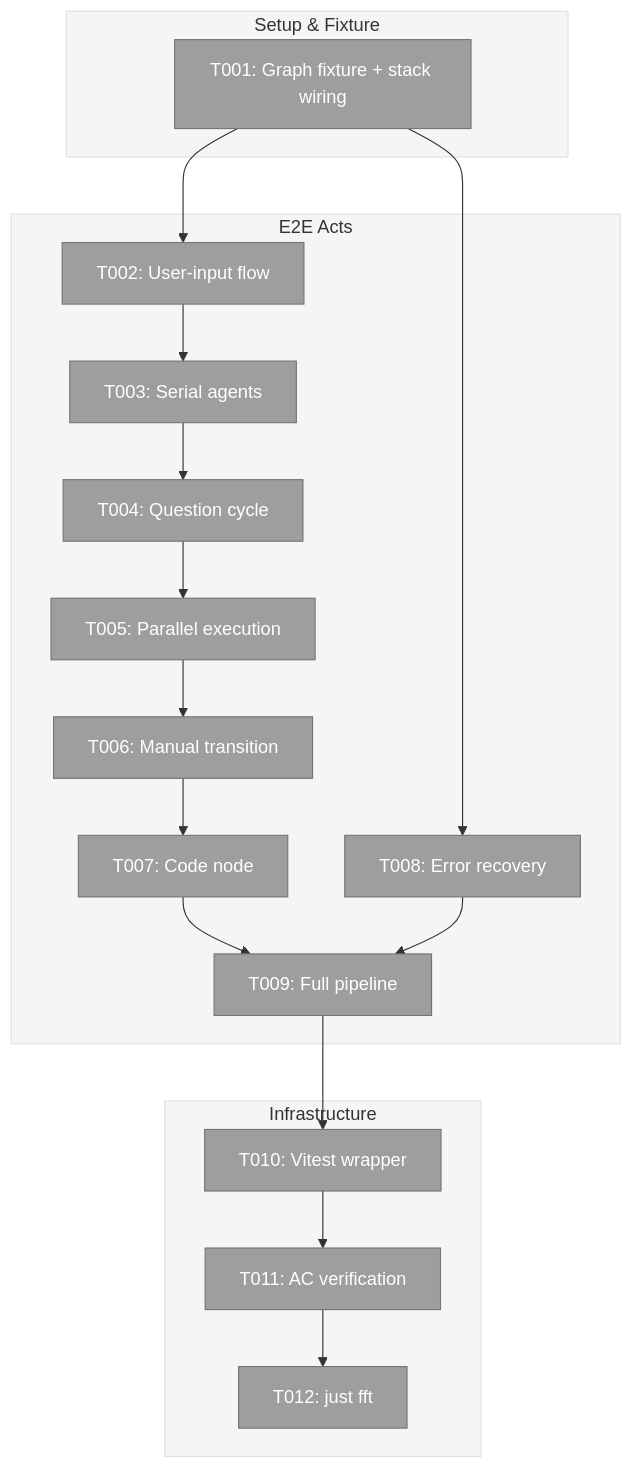
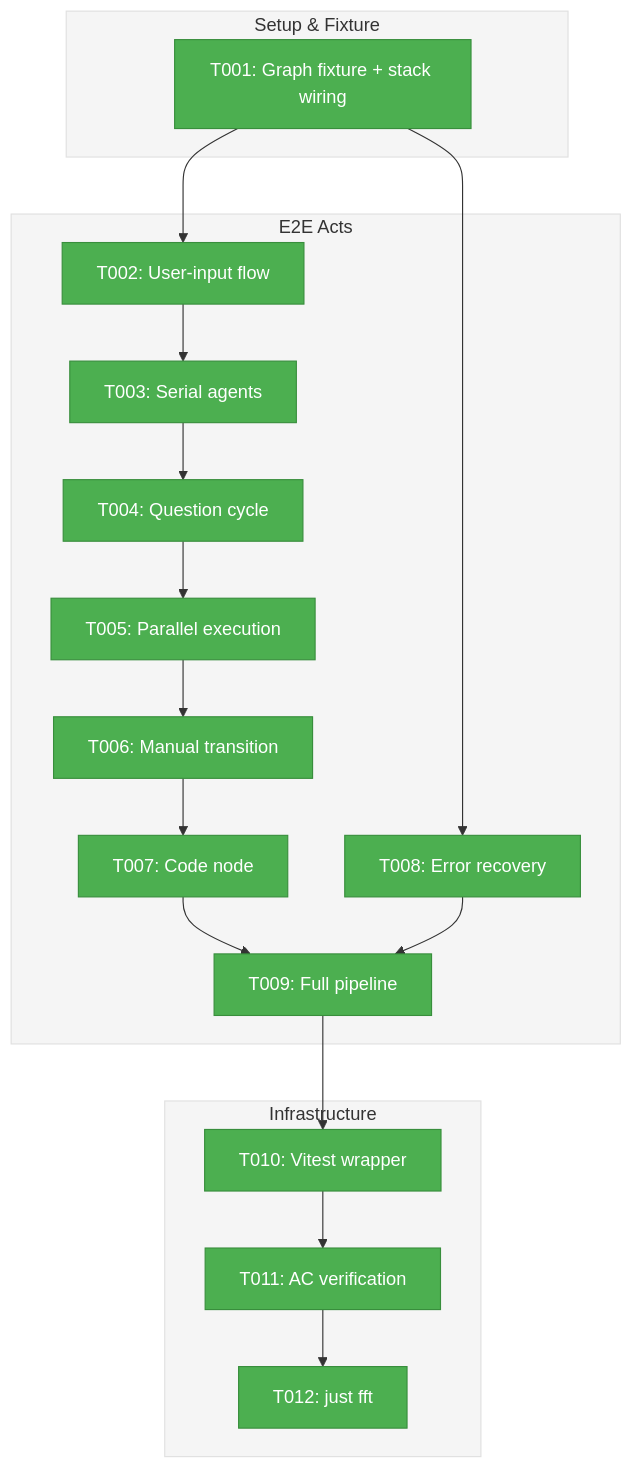
One commit to AI-Substrate/chainglass changed the first of 2 diagrams in docs/plans/030-positional-orchestrator/tasks/phase-8-e2e-and-integration-testing/tasks.md. Above: the diagram before and after it, drawn with Mermaid. The commit also changed other lines of this file and 11 other files, not shown here.

````diff
--- a/docs/plans/030-positional-orchestrator/tasks/phase-8-e2e-and-integration-testing/tasks.md
+++ b/docs/plans/030-positional-orchestrator/tasks/phase-8-e2e-and-integration-testing/tasks.md
@@ -130,45 +130,45 @@
 ```mermaid
 flowchart TD
     classDef pending fill:#9E9E9E,stroke:#757575,color:#fff
     classDef inprogress fill:#FF9800,stroke:#F57C00,color:#fff
     classDef completed fill:#4CAF50,stroke:#388E3C,color:#fff
     classDef blocked fill:#F44336,stroke:#D32F2F,color:#fff
 
     style Setup fill:#F5F5F5,stroke:#E0E0E0
     style Acts fill:#F5F5F5,stroke:#E0E0E0
     style Infra fill:#F5F5F5,stroke:#E0E0E0
 
     subgraph Setup["Setup & Fixture"]
-        T001["T001: Graph fixture + stack wiring"]:::pending
+        T001["T001: Graph fixture + stack wiring"]:::completed
     end
 
     subgraph Acts["E2E Acts"]
-        T002["T002: User-input flow"]:::pending
-        T003["T003: Serial agents"]:::pending
-        T004["T004: Question cycle"]:::pending
-        T005["T005: Parallel execution"]:::pending
-        T006["T006: Manual transition"]:::pending
-        T007["T007: Code node"]:::pending
-        T008["T008: Error recovery"]:::pending
-        T009["T009: Full pipeline"]:::pending
+        T002["T002: User-input flow"]:::completed
+        T003["T003: Serial agents"]:::completed
+        T004["T004: Question cycle"]:::completed
+        T005["T005: Parallel execution"]:::completed
+        T006["T006: Manual transition"]:::completed
+        T007["T007: Code node"]:::completed
+        T008["T008: Error recovery"]:::completed
+        T009["T009: Full pipeline"]:::completed
     end
 
     subgraph Infra["Infrastructure"]
-        T010["T010: Vitest wrapper"]:::pending
-        T011["T011: AC verification"]:::pending
-        T012["T012: just fft"]:::pending
+        T010["T010: Vitest wrapper"]:::completed
+        T011["T011: AC verification"]:::completed
+        T012["T012: just fft"]:::completed
     end
 
     T001 --> T002
     T001 --> T008
     T002 --> T003
     T003 --> T004
     T004 --> T005
     T005 --> T006
     T006 --> T007
     T007 --> T009
     T008 --> T009
     T009 --> T010
     T010 --> T011
     T011 --> T012
 ```
````
